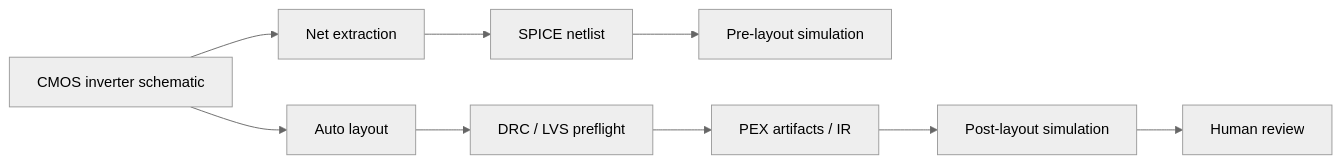
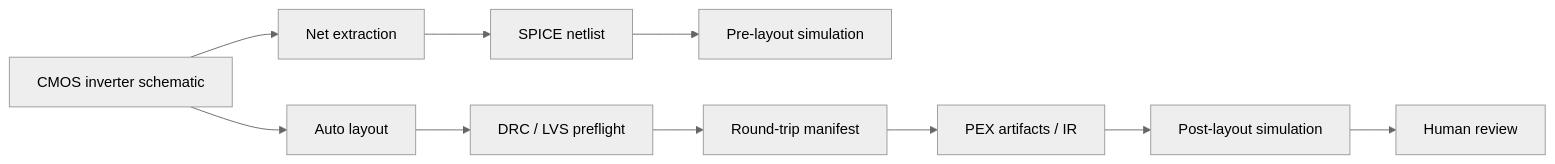
One commit to 1amageek/circuit-studio changed the diagram in docs/flow-verification-log.md. Above: the diagram before and after it, drawn with Mermaid (neutral theme). The commit also changed other lines of this file and 3 other files, not shown here.

Commit message:
Add headless round trip harness

````diff
--- a/docs/flow-verification-log.md
+++ b/docs/flow-verification-log.md
@@ -7,15 +7,16 @@
 ```mermaid
 flowchart LR
   Circuit["CMOS inverter schematic"]
   Net["Net extraction"]
   Netlist["SPICE netlist"]
   Pre["Pre-layout simulation"]
   Layout["Auto layout"]
   Verify["DRC / LVS preflight"]
+  Manifest["Round-trip manifest"]
   PEX["PEX artifacts / IR"]
   Post["Post-layout simulation"]
   Review["Human review"]
 
   Circuit --> Net --> Netlist --> Pre
-  Circuit --> Layout --> Verify --> PEX --> Post --> Review
+  Circuit --> Layout --> Verify --> Manifest --> PEX --> Post --> Review
 ```
````
